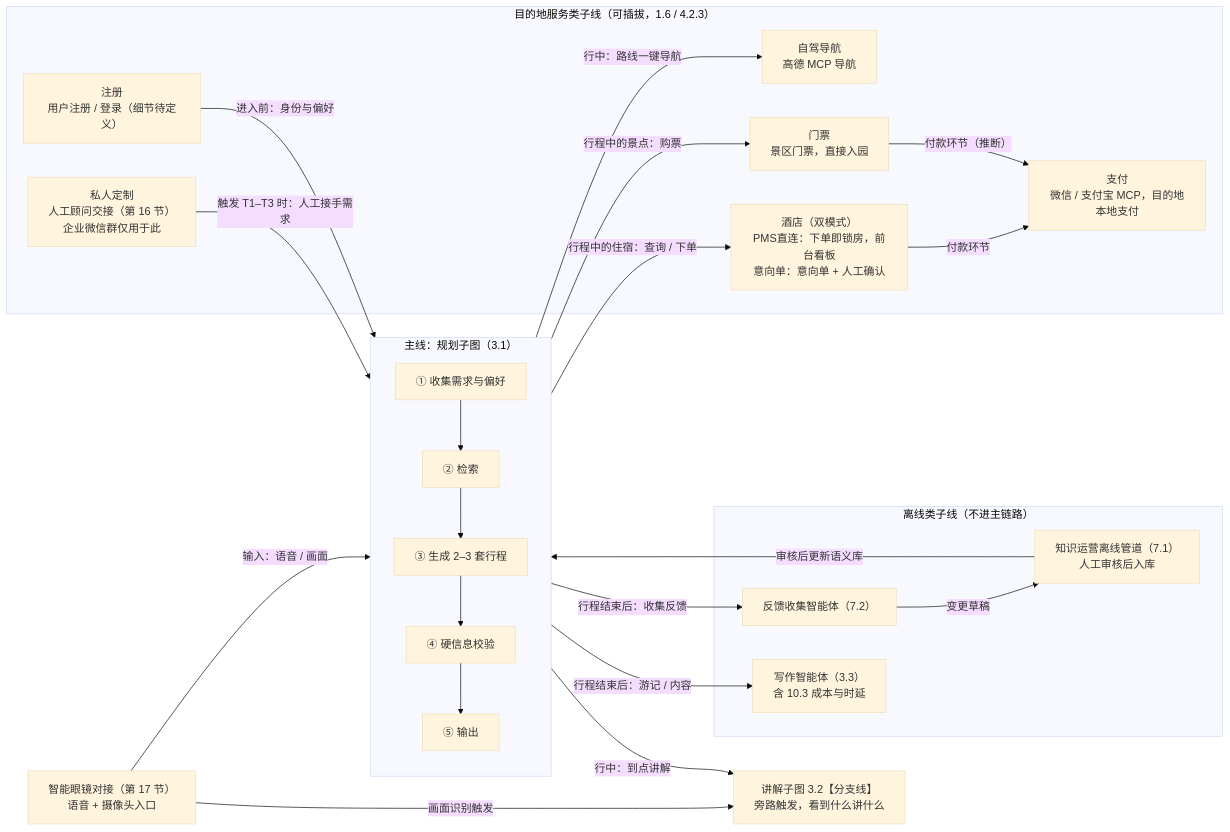
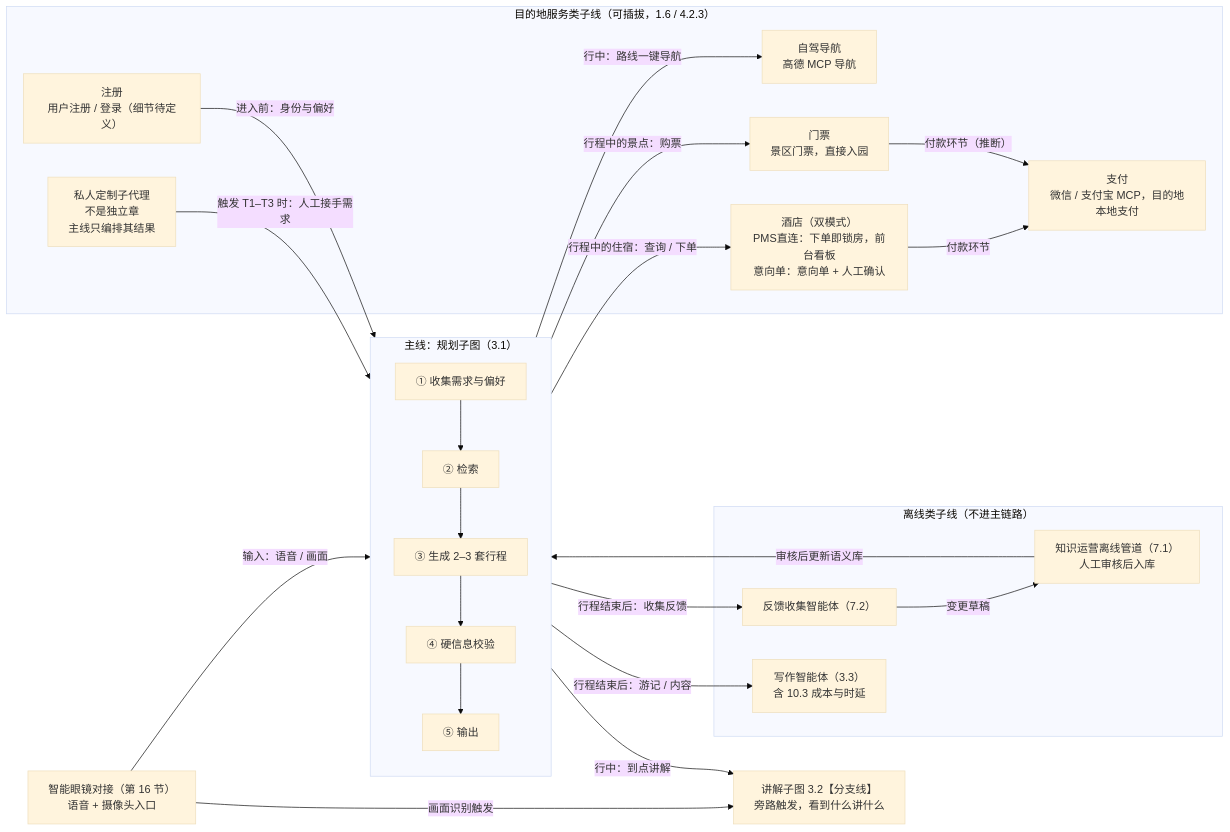
The second of 8 diagrams in v3-revision-todo.md (montesar15881370-sketch/xiamen-odessia-spec), drawn with Mermaid (base theme) before and after one commit. The commit also changed other lines of this file and 4 other files, not shown here.

````diff
--- a/v3-revision-todo.md
+++ b/v3-revision-todo.md
@@ -75,46 +75,46 @@
 ```mermaid
 flowchart LR
     subgraph MAIN["主线：规划子图（3.1）"]
         direction TB
         S1["① 收集需求与偏好"]
         S2["② 检索"]
         S3["③ 生成 2–3 套行程"]
         S4["④ 硬信息校验"]
         S5["⑤ 输出"]
         S1 --> S2 --> S3 --> S4 --> S5
     end
 
     BR["讲解子图 3.2【分支线】<br/>旁路触发，看到什么讲什么"]
 
     subgraph DEST["目的地服务类子线（可插拔，1.6 / 4.2.3）"]
         REG["注册<br/>用户注册 / 登录（细节待定义）"]
         HOTEL["酒店（双模式）<br/>PMS直连：下单即锁房，前台看板<br/>意向单：意向单 + 人工确认"]
         PAY["支付<br/>微信 / 支付宝 MCP，目的地本地支付"]
         TICKET["门票<br/>景区门票，直接入园"]
         NAV["自驾导航<br/>高德 MCP 导航"]
-        PC["私人定制<br/>人工顾问交接（第 16 节）<br/>企业微信群仅用于此"]
+        PC["私人定制子代理<br/>不是独立章<br/>主线只编排其结果"]
     end
 
     subgraph OFF["离线类子线（不进主链路）"]
         WR["写作智能体（3.3）<br/>含 10.3 成本与时延"]
         FB["反馈收集智能体（7.2）"]
         KO["知识运营离线管道（7.1）<br/>人工审核后入库"]
     end
 
-    GL["智能眼镜对接（第 17 节）<br/>语音 + 摄像头入口"]
+    GL["智能眼镜对接（第 16 节）<br/>语音 + 摄像头入口"]
 
     REG -- "进入前：身份与偏好" --> S1
     PC -- "触发 T1–T3 时：人工接手需求" --> S1
     S3 -- "行程中的住宿：查询 / 下单" --> HOTEL
     S3 -- "行程中的景点：购票" --> TICKET
     HOTEL -- "付款环节" --> PAY
     TICKET -- "付款环节（推断）" --> PAY
     S5 -- "行中：路线一键导航" --> NAV
     S5 -- "行中：到点讲解" --> BR
     GL -- "输入：语音 / 画面" --> S1
     GL -- "画面识别触发" --> BR
     S5 -- "行程结束后：游记 / 内容" --> WR
     S5 -- "行程结束后：收集反馈" --> FB
     FB -- "变更草稿" --> KO
     KO -- "审核后更新语义库" --> S2
 ```
````
